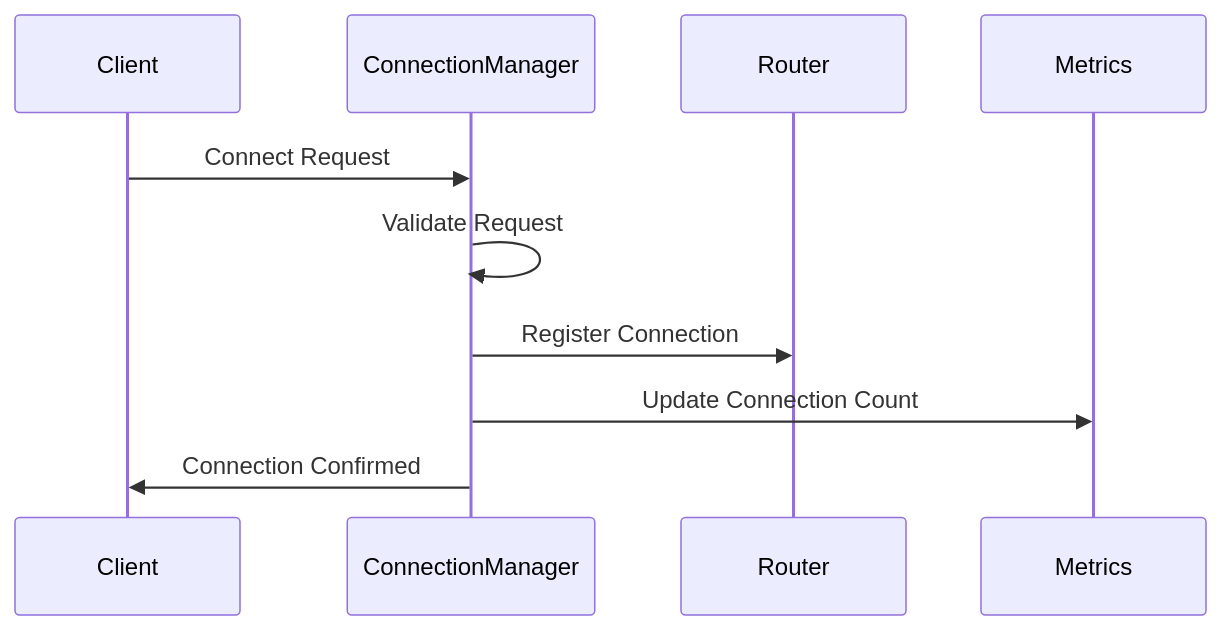
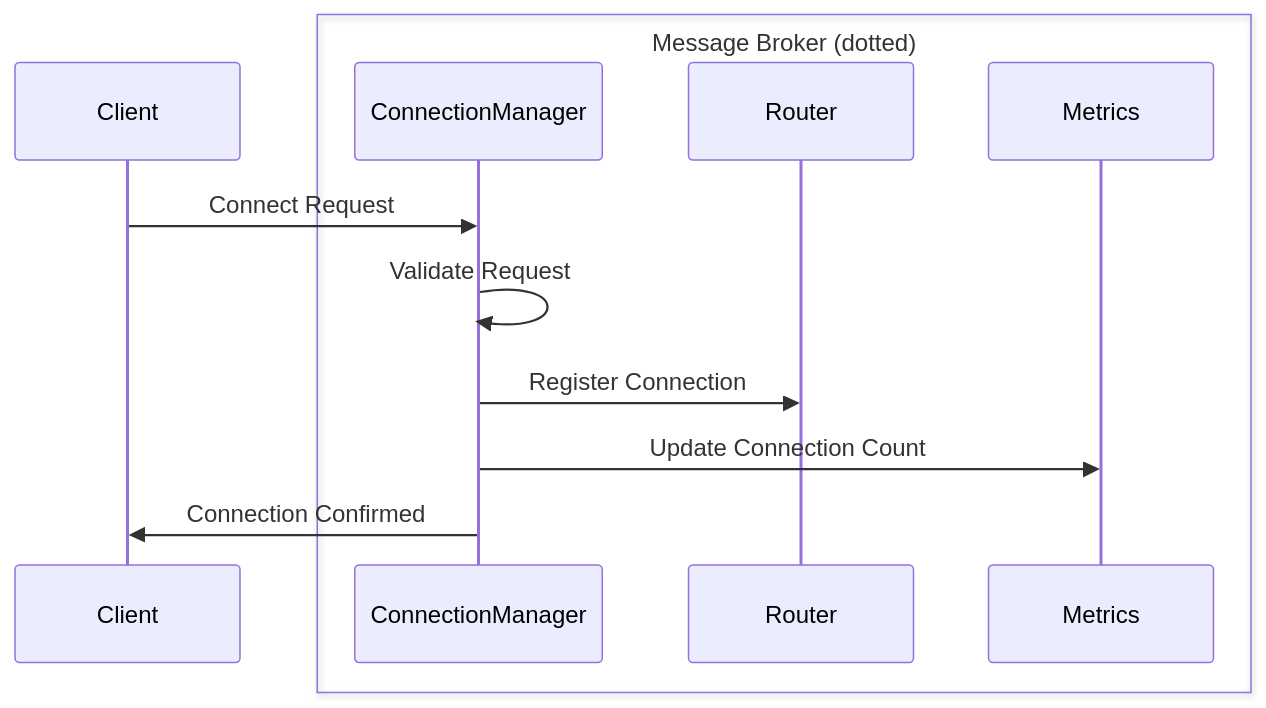
Before and after one commit to DeX-Group-LLC/mb-server-node: the first of 4 diagrams in docs/concepts/message-flow.md, drawn with Mermaid. The commit also changed other lines of this file, not shown here.

First line of the commit message:
Update message flow documentation with visual component grouping

````diff
--- a/docs/concepts/message-flow.md
+++ b/docs/concepts/message-flow.md
@@ -15,13 +15,15 @@
 ```mermaid
 sequenceDiagram
     participant Client
+    box Message Broker (dotted)
     participant ConnectionManager
     participant Router
     participant Metrics
+    end
 
     Client->>ConnectionManager: Connect Request
     ConnectionManager->>ConnectionManager: Validate Request
     ConnectionManager->>Router: Register Connection
     ConnectionManager->>Metrics: Update Connection Count
     ConnectionManager->>Client: Connection Confirmed
 ```
````
